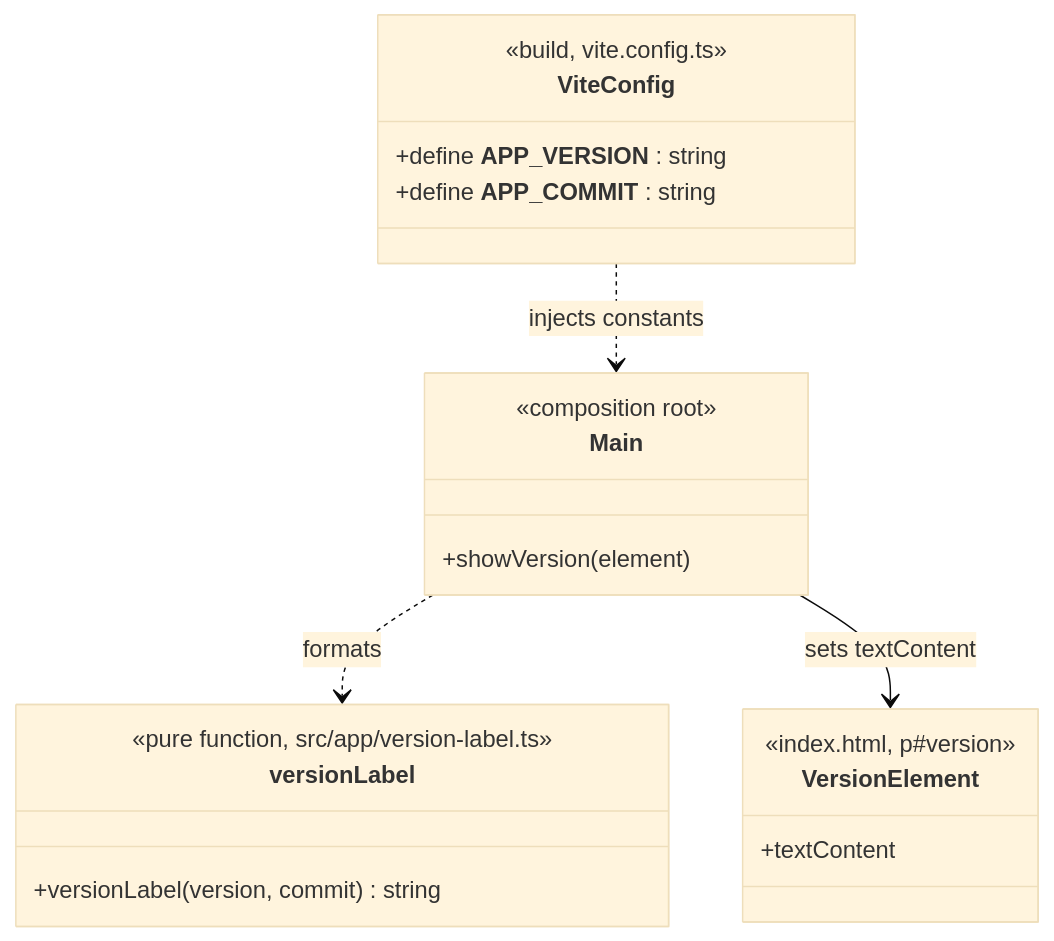
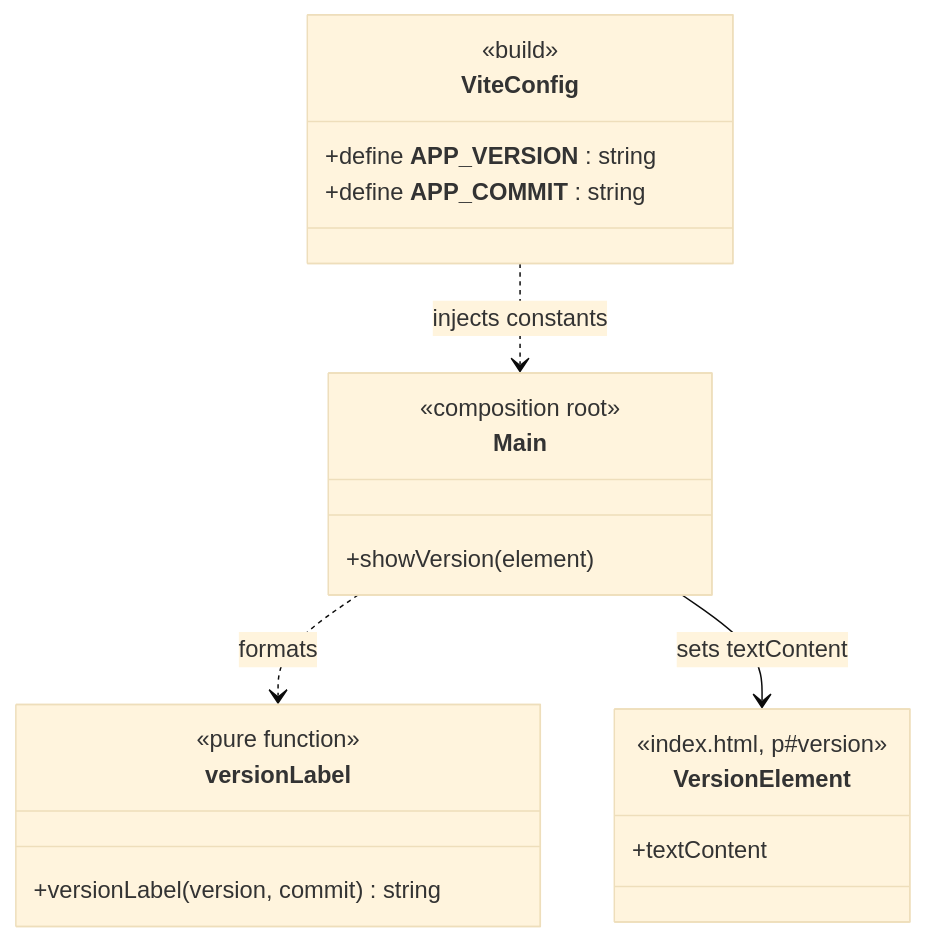
The first of 2 diagrams in docs/architecture/diagrams/meta/06-class-version-label.md (benoit-bremaud/retro-shmup), drawn with Mermaid (base theme) before and after one commit. The commit also changed other lines of this file and 3 other files, not shown here.

Commit message:
docs(design): review-local fixes for the version label design

````diff
--- a/docs/architecture/diagrams/meta/06-class-version-label.md
+++ b/docs/architecture/diagrams/meta/06-class-version-label.md
@@ -16,23 +16,23 @@
 ```mermaid
 classDiagram
   class ViteConfig {
-    <<build, vite.config.ts>>
+    <<build>>
     +define __APP_VERSION__ : string
     +define __APP_COMMIT__ : string
   }
   class versionLabel {
-    <<pure function, src/app/version-label.ts>>
+    <<pure function>>
     +versionLabel(version, commit) string
   }
   class Main {
     <<composition root>>
     +showVersion(element)
   }
   class VersionElement {
     <<index.html, p#version>>
     +textContent
   }
   ViteConfig ..> Main : injects constants
   Main ..> versionLabel : formats
   Main --> VersionElement : sets textContent
 ```
````
